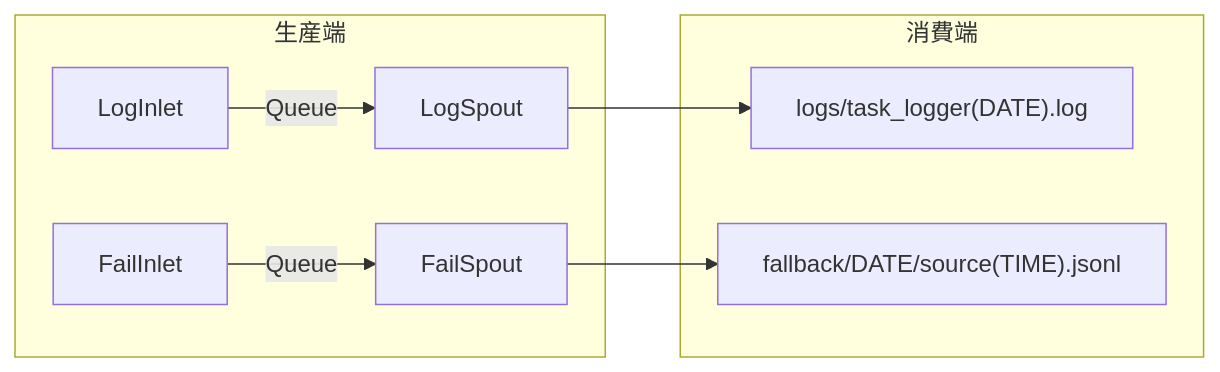
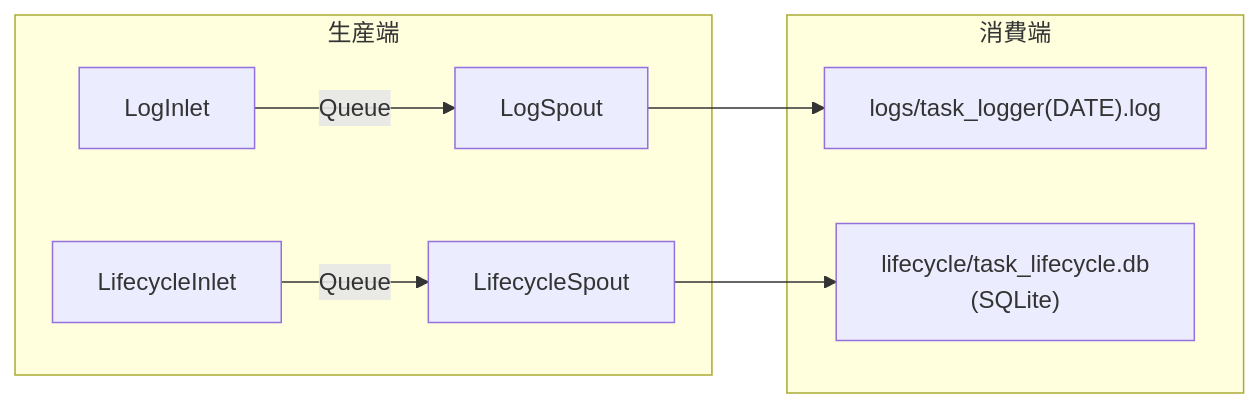
One commit to Mr-xiaotian/CelestialFlow changed the sixth of 9 diagrams in docs/ja/presentation.md. Above: the diagram before and after it, drawn with Mermaid. The commit also changed other lines of this file and 181 other files, not shown here.

````diff
--- a/docs/ja/presentation.md
+++ b/docs/ja/presentation.md
@@ -336,12 +329,12 @@
 ```mermaid
 graph LR
     subgraph 生産端
         A[LogInlet] -->|Queue| B[LogSpout]
-        C[FailInlet] -->|Queue| D[FailSpout]
+        C[LifecycleInlet] -->|Queue| D[LifecycleSpout]
     end
 
     subgraph 消費端
         B --> E["logs/task_logger(DATE).log"]
-        D --> F["fallback/DATE/source(TIME).jsonl"]
+        D --> F["lifecycle/task_lifecycle.db<br/>(SQLite)"]
     end
 ```
````
